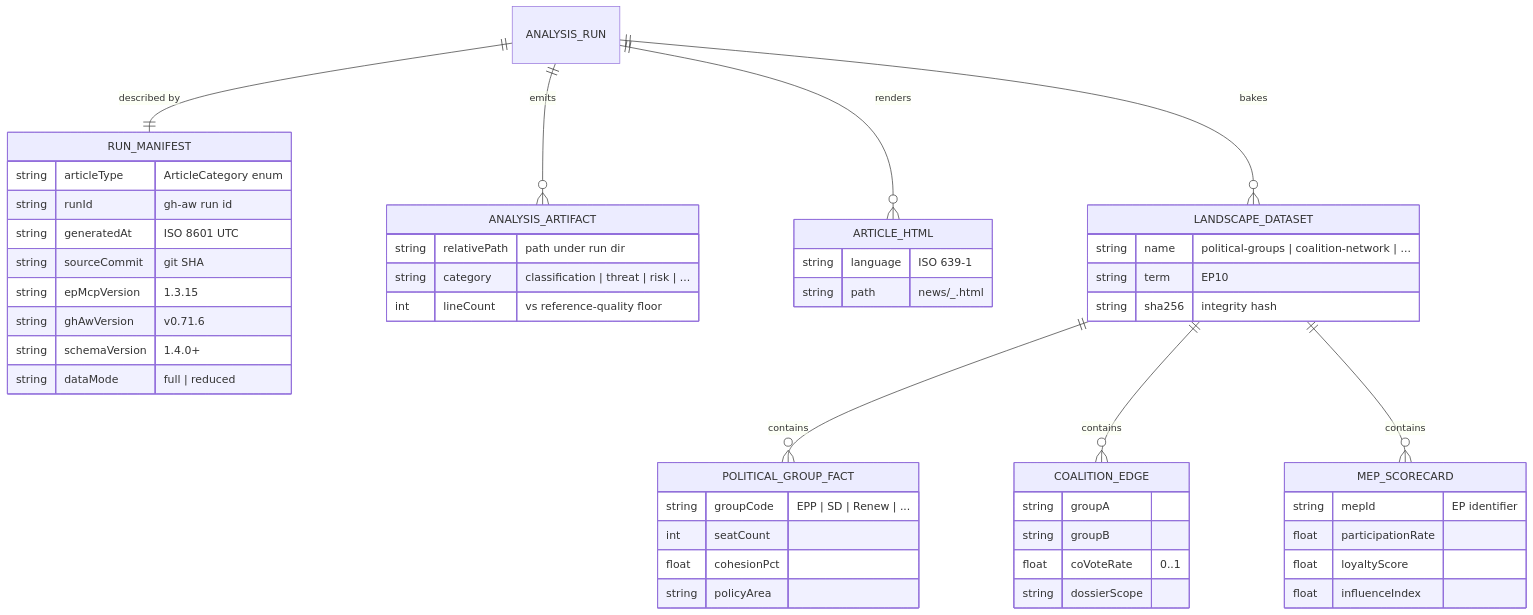
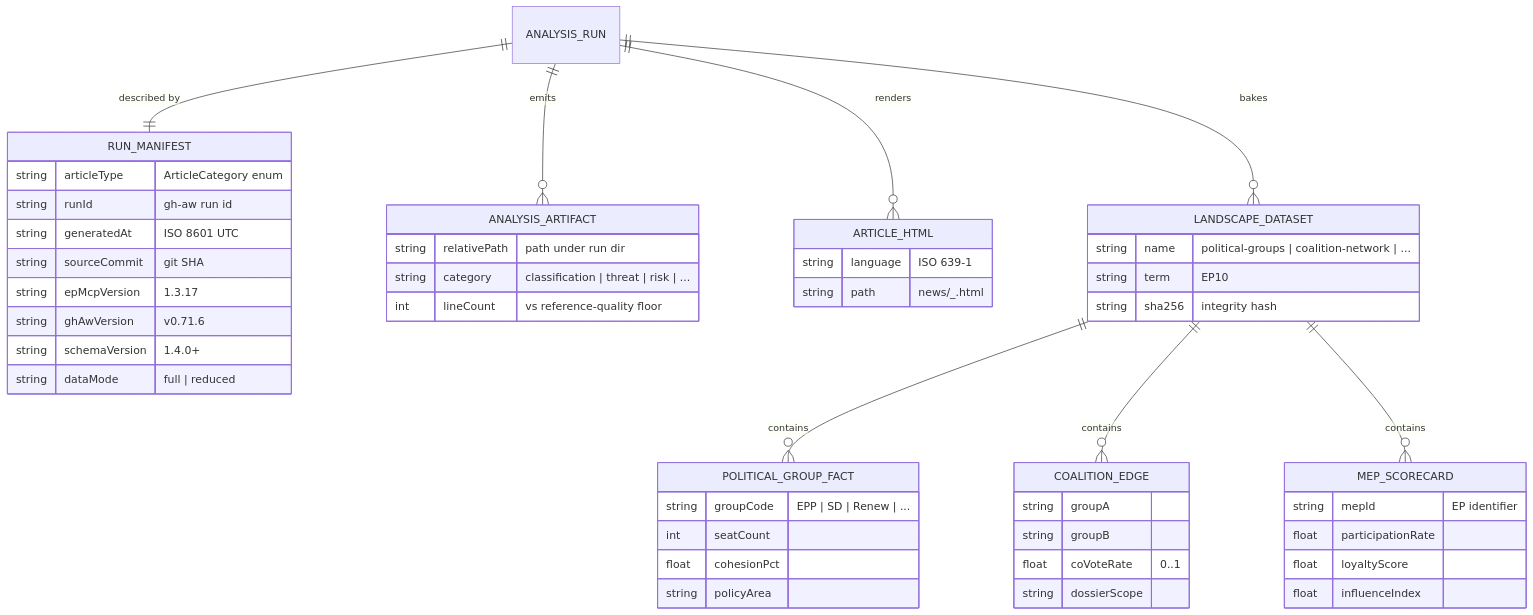
Before and after one commit to Hack23/euparliamentmonitor: the second of 9 diagrams in FUTURE_DATA_MODEL.md, drawn with Mermaid. The commit also changed other lines of this file and 60 other files, not shown here.

````diff
--- a/FUTURE_DATA_MODEL.md
+++ b/FUTURE_DATA_MODEL.md
@@ -218,53 +218,53 @@
 ```mermaid
 erDiagram
     ANALYSIS_RUN ||--|| RUN_MANIFEST : "described by"
     ANALYSIS_RUN ||--o{ ANALYSIS_ARTIFACT : "emits"
     ANALYSIS_RUN ||--o{ ARTICLE_HTML : "renders"
     ANALYSIS_RUN ||--o{ LANDSCAPE_DATASET : "bakes"
     LANDSCAPE_DATASET ||--o{ POLITICAL_GROUP_FACT : "contains"
     LANDSCAPE_DATASET ||--o{ COALITION_EDGE : "contains"
     LANDSCAPE_DATASET ||--o{ MEP_SCORECARD : "contains"
 
     RUN_MANIFEST {
         string articleType "ArticleCategory enum"
         string runId "gh-aw run id"
         string generatedAt "ISO 8601 UTC"
         string sourceCommit "git SHA"
-        string epMcpVersion "1.3.15"
+        string epMcpVersion "1.3.17"
         string ghAwVersion "v0.71.6"
         string schemaVersion "1.4.0+"
         string dataMode "full | reduced"
     }
     ANALYSIS_ARTIFACT {
         string relativePath "path under run dir"
         string category "classification | threat | risk | ..."
         int lineCount "vs reference-quality floor"
     }
     ARTICLE_HTML {
         string language "ISO 639-1"
         string path "news/<slug>_<lang>.html"
     }
     LANDSCAPE_DATASET {
         string name "political-groups | coalition-network | ..."
         string term "EP10"
         string sha256 "integrity hash"
     }
     POLITICAL_GROUP_FACT {
         string groupCode "EPP | SD | Renew | ..."
         int seatCount
         float cohesionPct
         string policyArea
     }
     COALITION_EDGE {
         string groupA
         string groupB
         float coVoteRate "0..1"
         string dossierScope
     }
     MEP_SCORECARD {
         string mepId "EP identifier"
         float participationRate
         float loyaltyScore
         float influenceIndex
     }
 ```
````
